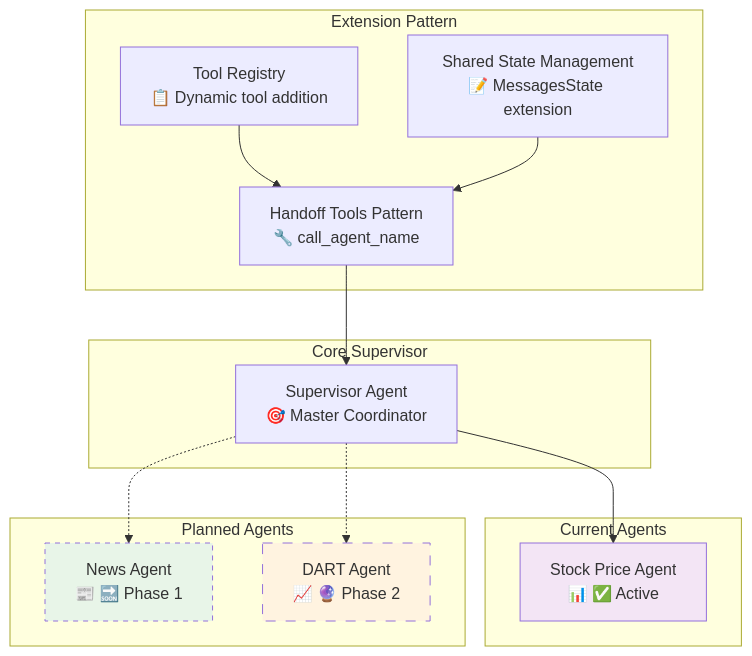
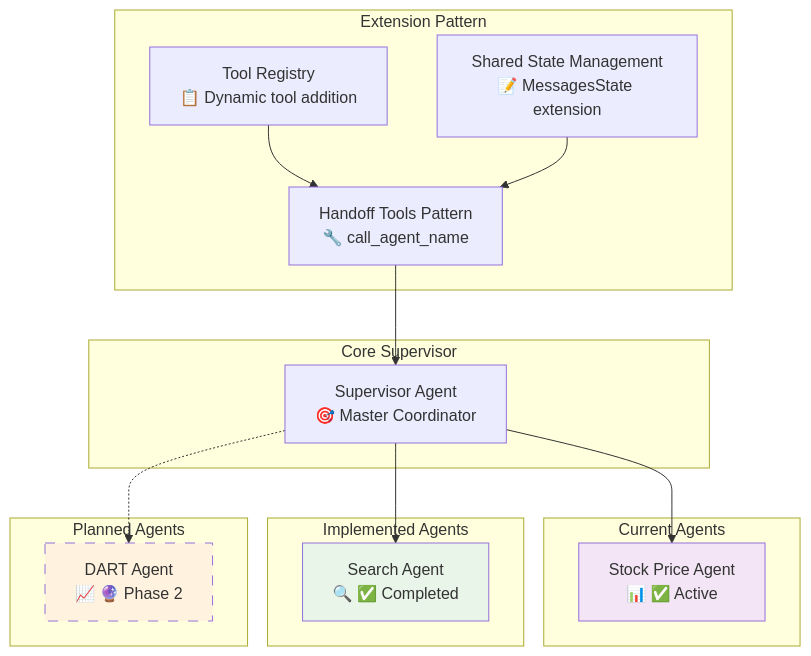
Diagram 12 of 12 in backend/MULTI_AGENT_SYSTEM_DOCUMENTATION.md (yuujinnn/Stockreport-reader), drawn with Mermaid before and after one commit. The commit also changed other lines of this file and 16 other files, not shown here.

````diff
--- a/backend/MULTI_AGENT_SYSTEM_DOCUMENTATION.md
+++ b/backend/MULTI_AGENT_SYSTEM_DOCUMENTATION.md
@@ -570,34 +572,37 @@
 ```mermaid
 graph TB
     subgraph "Core Supervisor"
         Supervisor[Supervisor Agent<br/>🎯 Master Coordinator]
     end
     
     subgraph "Current Agents"
         StockAgent[Stock Price Agent<br/>📊 ✅ Active]
     end
     
+    subgraph "Implemented Agents"
+        SearchAgent[Search Agent<br/>🔍 ✅ Completed]
+    end
+    
     subgraph "Planned Agents"
-        NewsAgent[News Agent<br/>📰 🔜 Phase 1]
         DARTAgent[DART Agent<br/>📈 🔮 Phase 2]
     end
     
     subgraph "Extension Pattern"
         HandoffTools[Handoff Tools Pattern<br/>🔧 call_agent_name]
         ToolRegistry[Tool Registry<br/>📋 Dynamic tool addition]
         StateManagement[Shared State Management<br/>📝 MessagesState extension]
     end
     
     Supervisor --> StockAgent
-    Supervisor -.-> NewsAgent
+    Supervisor --> SearchAgent
     Supervisor -.-> DARTAgent
     
     HandoffTools --> Supervisor
     ToolRegistry --> HandoffTools
     StateManagement --> HandoffTools
     
     style StockAgent fill:#f3e5f5
-    style NewsAgent fill:#e8f5e8,stroke-dasharray: 5 5
+    style SearchAgent fill:#e8f5e8
     style DARTAgent fill:#fff3e0,stroke-dasharray: 10 10
 
 ```
````
